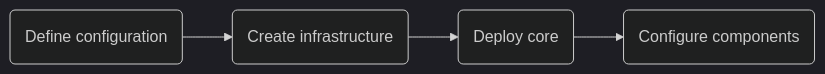
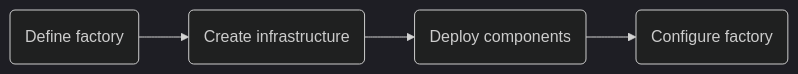
The first of 2 diagrams in docs/factory_journeys.md (ContinuousEngineeringProject/ContinuousEngineeringProject.github.io), drawn with Mermaid (dark theme) before and after one commit. The commit also changed other lines of this file, not shown here.

Commit message:
docs(journey): add maintain the factory details

````diff
--- a/docs/factory_journeys.md
+++ b/docs/factory_journeys.md
@@ -17,6 +18,9 @@
 ```mermaid
 flowchart LR
-    id1(Define configuration) --> id2(Create infrastructure)
-    id2 --> id3(Deploy core)
-    id3 --> id4(Configure components)
+    id1(Define factory)
+    id2(Create infrastructure)
+    id3(Deploy components)
+    id4(Configure factory)
+    
+    id1 --> id2 --> id3 --> id4
 ```
````
